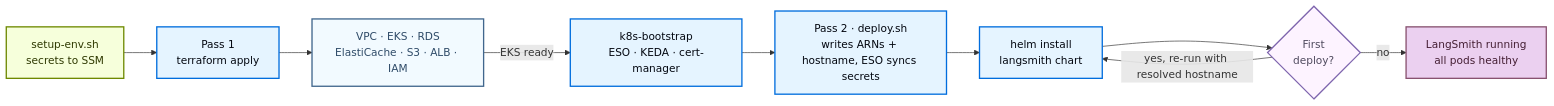
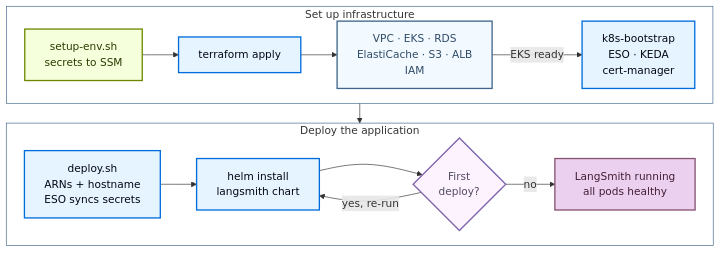
One commit to langchain-ai/docs changed the diagram in src/langsmith/self-host-terraform-aws-deploy.mdx. Above: the diagram before and after it, drawn with Mermaid. The commit also changed other lines of this file and 4 other files, not shown here.

First line of the commit message:
docs(self-hosted): redesign Terraform deploy diagrams, fix prose

````diff
--- a/src/langsmith/self-host-terraform-aws-deploy.mdx
+++ b/src/langsmith/self-host-terraform-aws-deploy.mdx
@@ -11,28 +11,38 @@
 ```mermaid actions={false}
-graph LR
-    Start["setup-env.sh<br/>secrets to SSM"]
-    TF["Pass 1<br/>terraform apply"]
-    Infra["VPC · EKS · RDS<br/>ElastiCache · S3 · ALB · IAM"]
-    Bootstrap["k8s-bootstrap<br/>ESO · KEDA · cert-manager"]
-    Deploy["Pass 2 · deploy.sh<br/>writes ARNs + hostname, ESO syncs secrets"]
-    Helm["helm install<br/>langsmith chart"]
-    First{"First<br/>deploy?"}
-    Running["LangSmith running<br/>all pods healthy"]
-
-    Start --> TF --> Infra
-    Infra -->|EKS ready| Bootstrap --> Deploy --> Helm --> First
-    First -->|no| Running
-    First -->|yes, re-run with resolved hostname| Helm
+%%{init: {'flowchart': {'nodeSpacing': 25, 'rankSpacing': 30}}}%%
+graph TB
+    subgraph stage1["Set up infrastructure"]
+        direction LR
+        Start["setup-env.sh<br/>secrets to SSM"]
+        TF["terraform apply"]
+        Infra["VPC · EKS · RDS<br/>ElastiCache · S3 · ALB<br/>IAM"]
+        Bootstrap["k8s-bootstrap<br/>ESO · KEDA<br/>cert-manager"]
+        Start --> TF --> Infra -->|EKS ready| Bootstrap
+    end
+    subgraph stage2["Deploy the application"]
+        direction LR
+        Deploy["deploy.sh<br/>ARNs + hostname<br/>ESO syncs secrets"]
+        Helm["helm install<br/>langsmith chart"]
+        First{"First<br/>deploy?"}
+        Running["LangSmith running<br/>all pods healthy"]
+        Deploy --> Helm --> First
+        First -->|no| Running
+        First -->|yes, re-run| Helm
+    end
+    stage1 --> stage2
 
     classDef trigger fill:#F6FFDB,stroke:#6E8900,stroke-width:2px,color:#2E3900
     classDef process fill:#E5F4FF,stroke:#006DDD,stroke-width:2px,color:#030710
     classDef neutral fill:#F2FAFF,stroke:#40668D,stroke-width:2px,color:#2F4B68
     classDef decision fill:#FDF3FF,stroke:#7E65AE,stroke-width:2px,color:#504B5F
     classDef output fill:#EBD0F0,stroke:#885270,stroke-width:2px,color:#441E33
 
     class Start trigger
     class TF,Bootstrap,Deploy,Helm process
     class Infra neutral
     class First decision
     class Running output
+
+    style stage1 fill:none,stroke:#40668D,stroke-width:1px
+    style stage2 fill:none,stroke:#40668D,stroke-width:1px
 ```
````
